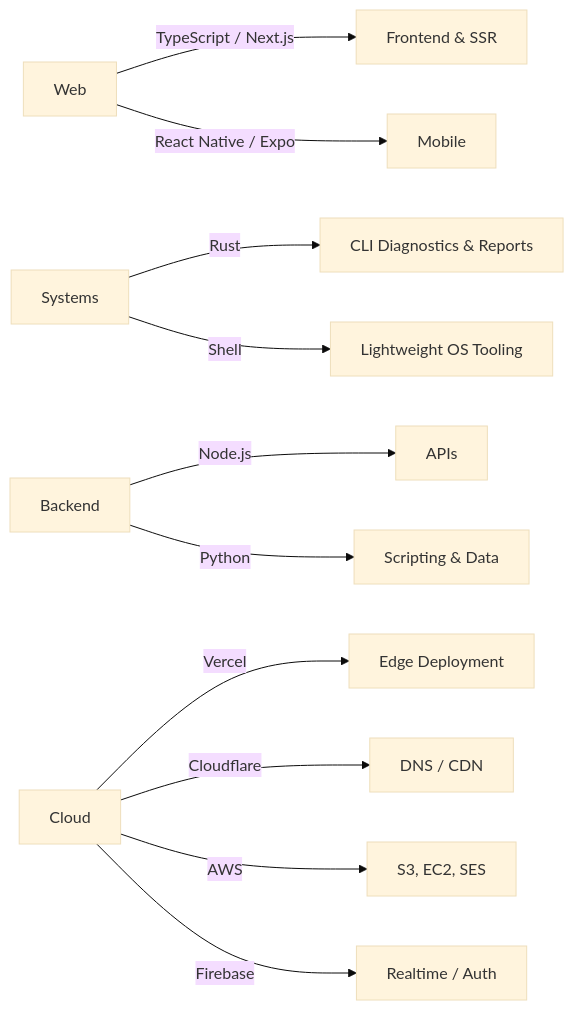
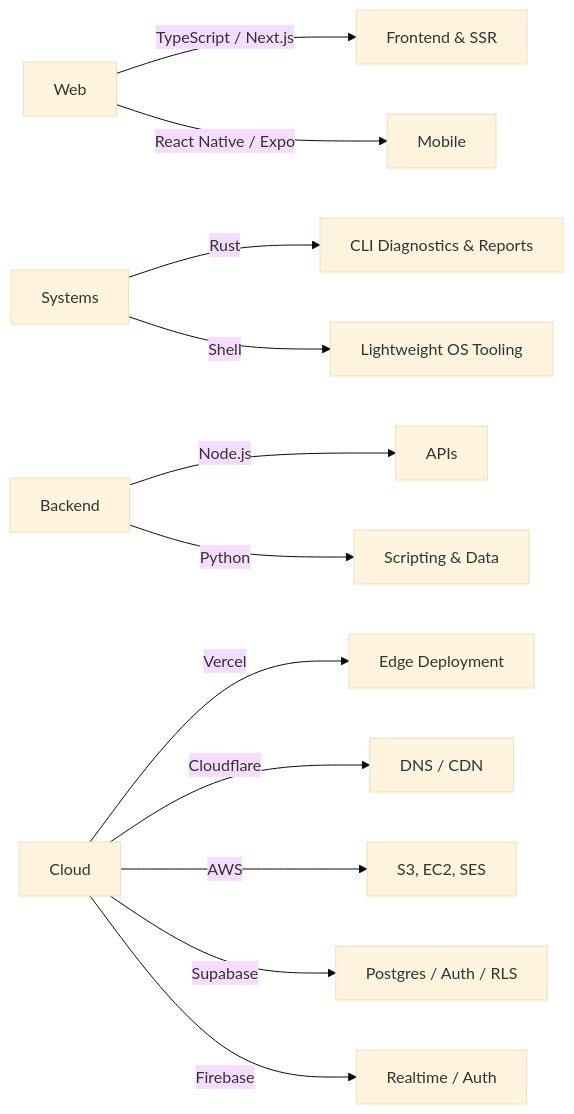
One commit to RealEmmettS/RealEmmettS changed the diagram in README.md. Above: the diagram before and after it, drawn with Mermaid (base theme). The commit also changed other lines of this file, not shown here.

````diff
--- a/README.md
+++ b/README.md
@@ -68,13 +90,14 @@
 ```mermaid
 graph LR
     A[Web] -->|TypeScript / Next.js| B[Frontend & SSR]
     A -->|React Native / Expo| C[Mobile]
     D[Systems] -->|Rust| E[CLI Diagnostics & Reports]
     D -->|Shell| F[Lightweight OS Tooling]
     G[Backend] -->|Node.js| H[APIs]
     G -->|Python| I[Scripting & Data]
     J[Cloud] -->|Vercel| K[Edge Deployment]
     J -->|Cloudflare| L[DNS / CDN]
     J -->|AWS| M[S3, EC2, SES]
-    J -->|Firebase| N[Realtime / Auth]
+    J -->|Supabase| N[Postgres / Auth / RLS]
+    J -->|Firebase| O[Realtime / Auth]
 ```
````
